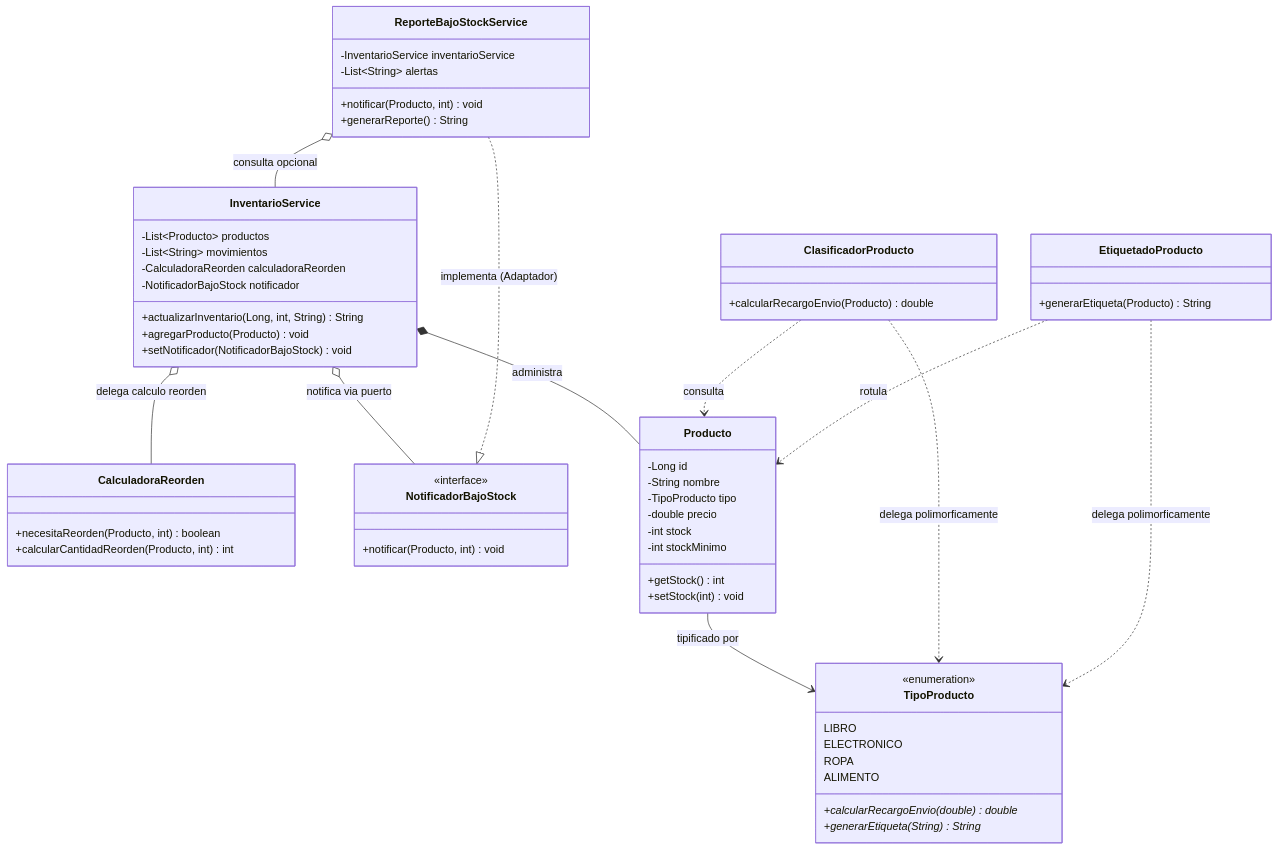
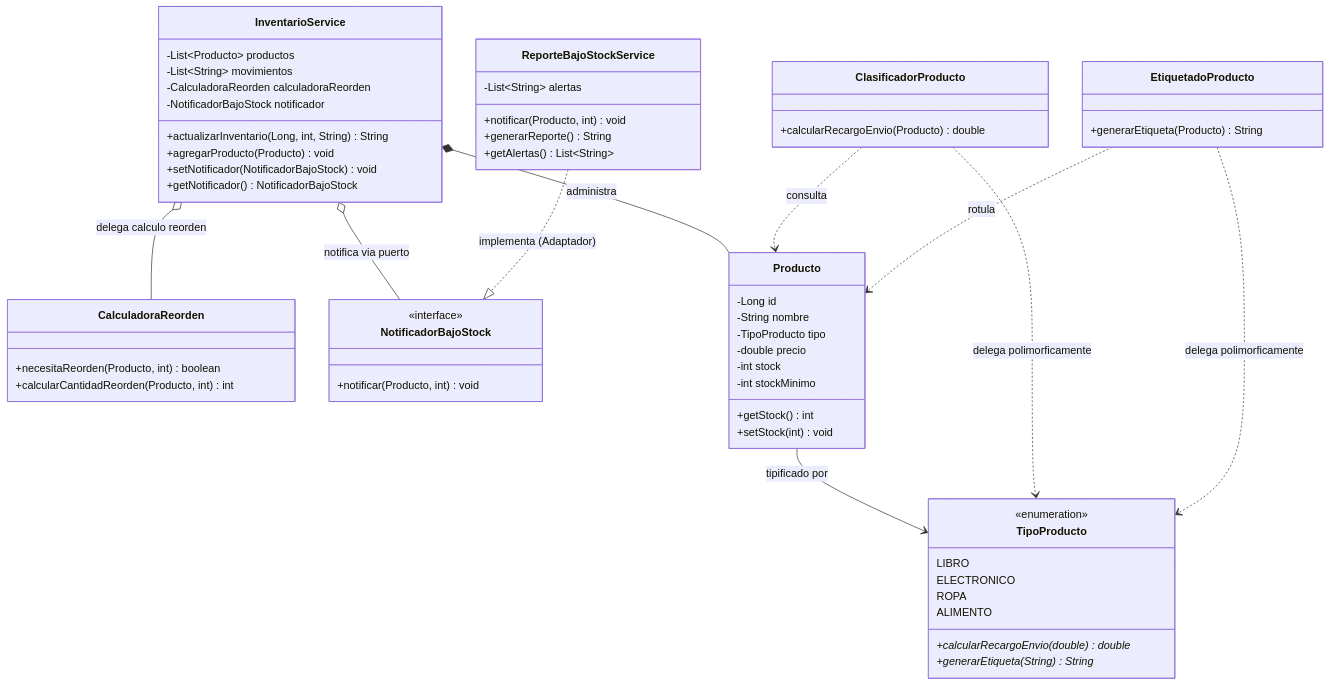
One commit to nicolaspalacio-bit/palacio-post1-u11 changed the first of 3 diagrams in README.md. Above: the diagram before and after it, drawn with Mermaid. The commit also changed other lines of this file and 6 other files, not shown here.

````diff
--- a/README.md
+++ b/README.md
@@ -89,63 +90,63 @@
 ```mermaid
 classDiagram
     direction TB
     class InventarioService {
         -List~Producto~ productos
         -List~String~ movimientos
         -CalculadoraReorden calculadoraReorden
         -NotificadorBajoStock notificador
         +actualizarInventario(Long, int, String) String
         +agregarProducto(Producto) void
         +setNotificador(NotificadorBajoStock) void
+        +getNotificador() NotificadorBajoStock
     }
     class CalculadoraReorden {
         +necesitaReorden(Producto, int) boolean
         +calcularCantidadReorden(Producto, int) int
     }
     class NotificadorBajoStock {
         <<interface>>
         +notificar(Producto, int) void
     }
     class Producto {
         -Long id
         -String nombre
         -TipoProducto tipo
         -double precio
         -int stock
         -int stockMinimo
         +getStock() int
         +setStock(int) void
     }
     class TipoProducto {
         <<enumeration>>
         LIBRO
         ELECTRONICO
         ROPA
         ALIMENTO
         +calcularRecargoEnvio(double)* double
         +generarEtiqueta(String)* String
     }
     class ClasificadorProducto {
         +calcularRecargoEnvio(Producto) double
     }
     class EtiquetadoProducto {
         +generarEtiqueta(Producto) String
     }
     class ReporteBajoStockService {
-        -InventarioService inventarioService
         -List~String~ alertas
         +notificar(Producto, int) void
         +generarReporte() String
+        +getAlertas() List~String~
     }
 
     InventarioService o-- CalculadoraReorden : delega calculo reorden
     InventarioService o-- NotificadorBajoStock : notifica via puerto
     InventarioService *-- Producto : administra
     Producto --> TipoProducto : tipificado por
     ClasificadorProducto ..> Producto : consulta
     EtiquetadoProducto ..> Producto : rotula
     ClasificadorProducto ..> TipoProducto : delega polimorficamente
     EtiquetadoProducto ..> TipoProducto : delega polimorficamente
     ReporteBajoStockService ..|> NotificadorBajoStock : implementa (Adaptador)
-    ReporteBajoStockService o-- InventarioService : consulta opcional
 ```
````
